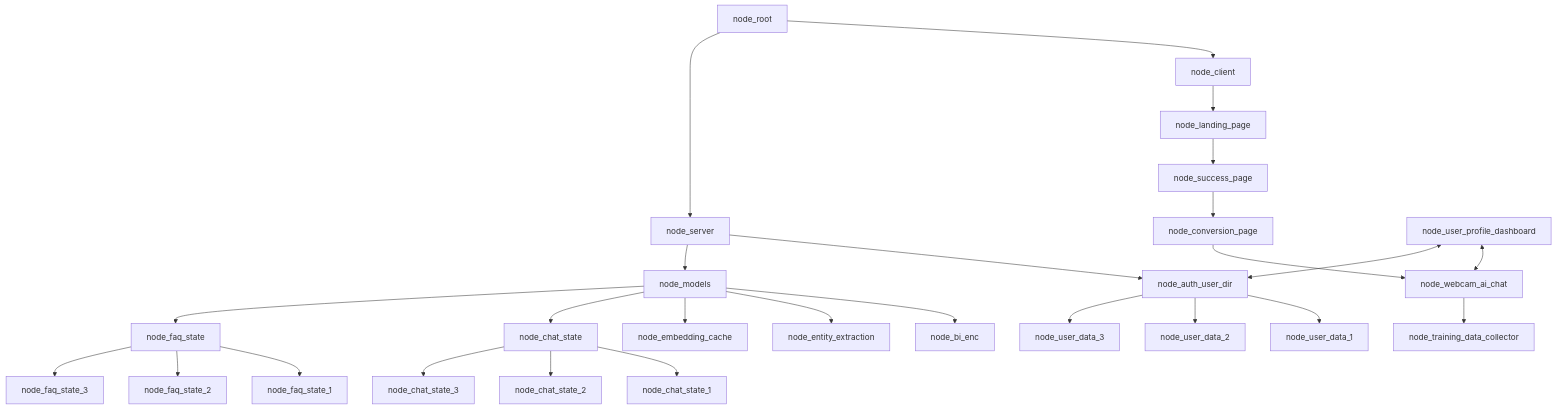
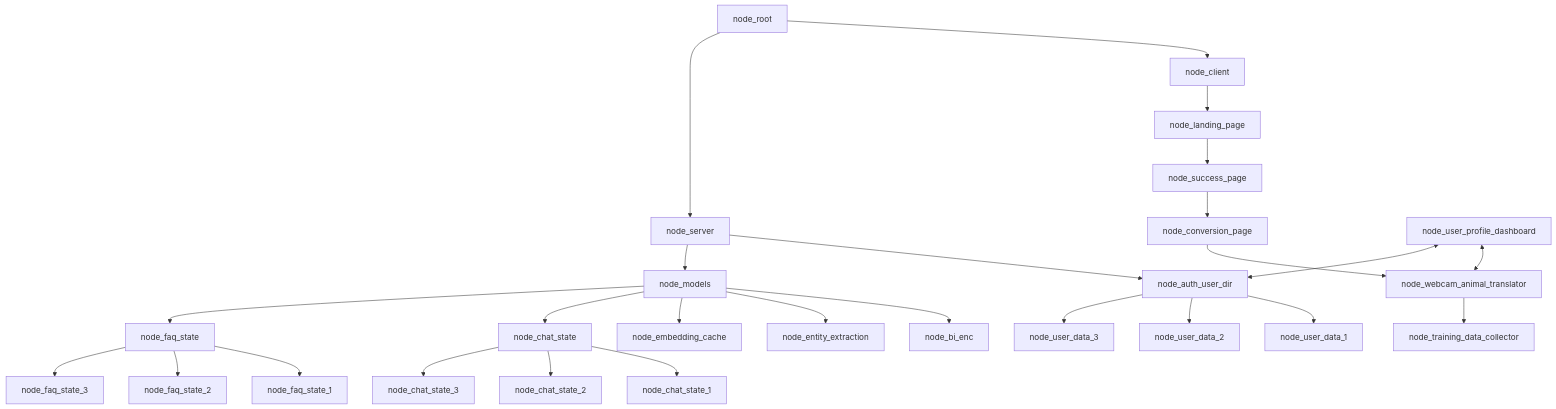
The first of 3 diagrams in README.md (WrappedUsername/doggy-decoder-jac), drawn with Mermaid before and after one commit. The commit also changed other lines of this file and 4 other files, not shown here.

````diff
--- a/README.md
+++ b/README.md
@@ -68,28 +17,28 @@
 ```mermaid
 graph TD;
     node_root-->node_client
     node_client-->node_landing_page
     node_root-->node_server
     node_server-->node_auth_user_dir
     node_server-->node_models
     node_landing_page-->node_success_page
     node_success_page-->node_conversion_page
-    node_conversion_page-->node_webcam_ai_chat
-    node_user_profile_dashboard<-->node_webcam_ai_chat
-    node_webcam_ai_chat-->node_training_data_collector
+    node_conversion_page-->node_webcam_animal_translator
+    node_user_profile_dashboard<-->node_webcam_animal_translator
+    node_webcam_animal_translator-->node_training_data_collector
     node_models-->node_bi_enc
     node_models-->node_entity_extraction
     node_models-->node_embedding_cache
     node_models-->node_chat_state
     node_chat_state-->node_chat_state_1
     node_chat_state-->node_chat_state_2
     node_chat_state-->node_chat_state_3
     node_models-->node_faq_state
     node_faq_state-->node_faq_state_1
     node_faq_state-->node_faq_state_2
     node_faq_state-->node_faq_state_3
     node_auth_user_dir-->node_user_data_1
     node_auth_user_dir-->node_user_data_2
     node_auth_user_dir-->node_user_data_3
     node_user_profile_dashboard<-->node_auth_user_dir
 ```
````
